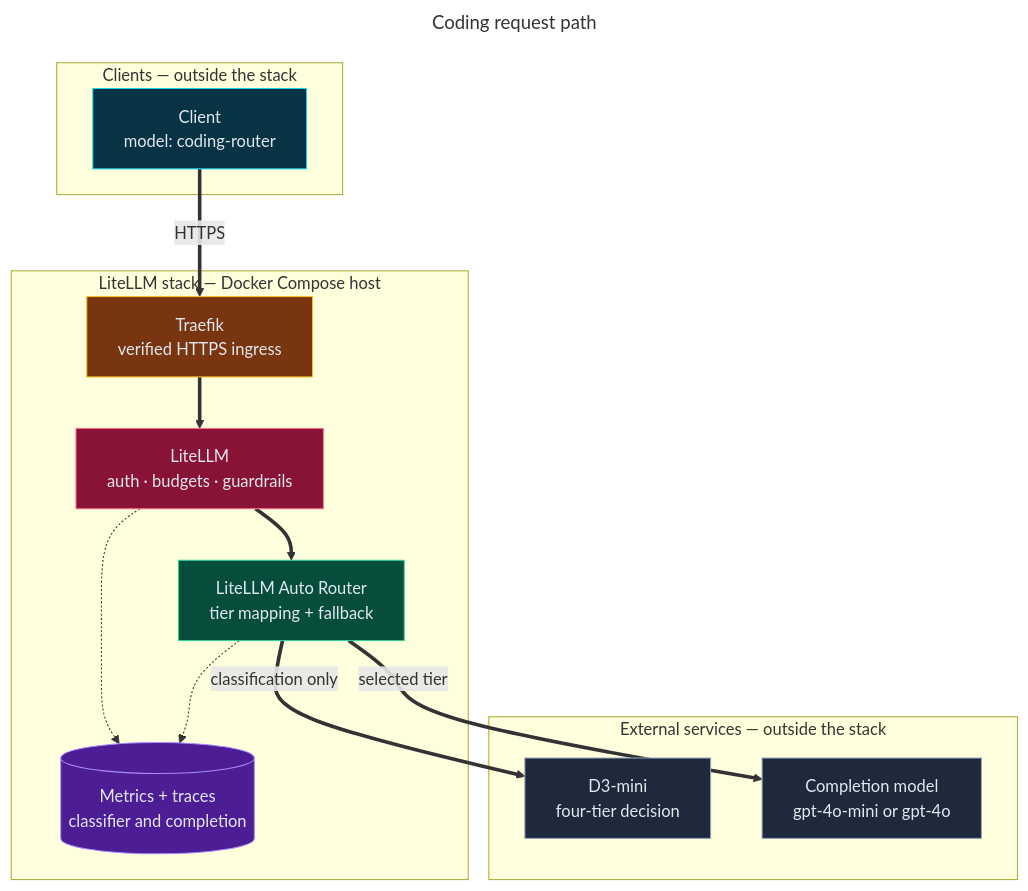
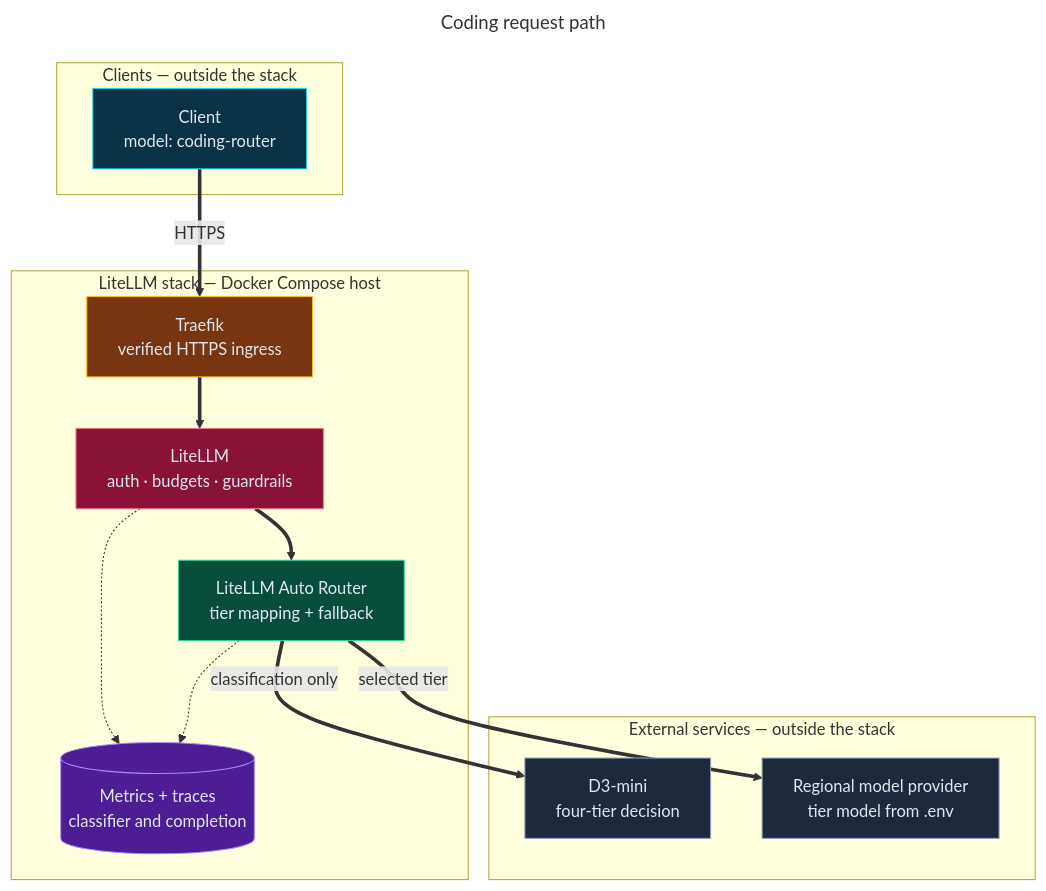
The diagram in diagrams/23-coding-request-path.mmd (bella-1337/effective-spoon), drawn with Mermaid before and after one commit. The commit also changed 27 other files, not shown here.

```diff
--- a/diagrams/23-coding-request-path.mmd
+++ b/diagrams/23-coding-request-path.mmd
@@ -1,42 +1,42 @@
 ---
 title: Coding request path
 ---
 flowchart TD
   %% Source for 23-coding-request-path.html. Edit this file, then run ./scripts/render-diagrams.py.
   %% Directives: docs in diagrams/README.md (Updating diagrams).
   %% @mode architecture
   %% @subtitle A coding prompt is classified by D3-mini and completed by the model assigned to its tier
   %% @card cyan | Request path | The client calls model coding-router through Traefik | LiteLLM authenticates, applies budgets and guardrails, then hands off to the Auto Router | The response returns in the normal OpenAI format
-  %% @card violet | Decision | Only the classification request goes to D3-mini | SIMPLE and MEDIUM map to gpt-4o-mini; COMPLEX and REASONING to gpt-4o | A timeout after 15 seconds falls back to gpt-4o
+  %% @card violet | Decision | Only the classification request goes to D3-mini | Each tier maps to its CODING_ROUTER_<TIER>_MODEL from .env | A timeout after 15 seconds falls back to CODING_ROUTER_DEFAULT_MODEL
   %% @card rose | Telemetry | Classifier and completion calls are both traced | Spans and metrics carry no prompt content | Validate tier accuracy on representative prompts before relying on savings
   %% @journey #22d3ee: CLI TR LL AR D3
-  %% @journey #34d399: AR OAI
+  %% @journey #34d399: AR EUP
 
   subgraph CL["Clients — outside the stack"]
     CLI["Client<br/>model: coding-router"]:::frontend
   end
   subgraph ST["LiteLLM stack — Docker Compose host"]
     TR["Traefik<br/>verified HTTPS ingress"]:::cloud
     LL["LiteLLM<br/>auth · budgets · guardrails"]:::security
     AR["LiteLLM Auto Router<br/>tier mapping + fallback"]:::backend
     OBS[("Metrics + traces<br/>classifier and completion")]:::database
   end
   subgraph EX["External services — outside the stack"]
     D3["D3-mini<br/>four-tier decision"]:::external
-    OAI["Completion model<br/>gpt-4o-mini or gpt-4o"]:::external
+    EUP["Regional model provider<br/>tier model from .env"]:::external
   end
 
   CLI ==>|"HTTPS"| TR
   TR ==> LL
   LL ==> AR
   AR ==>|"classification only"| D3
-  AR ==>|"selected tier"| OAI
+  AR ==>|"selected tier"| EUP
   LL -.-> OBS
   AR -.-> OBS
 
   classDef backend fill:#064e3b,stroke:#34d399,color:#e2e8f0
   classDef cloud fill:#78350f,stroke:#fbbf24,color:#e2e8f0
   classDef database fill:#4c1d95,stroke:#a78bfa,color:#e2e8f0
   classDef external fill:#1e293b,stroke:#94a3b8,color:#e2e8f0
   classDef frontend fill:#083344,stroke:#22d3ee,color:#e2e8f0
   classDef security fill:#881337,stroke:#fb7185,color:#e2e8f0
```
